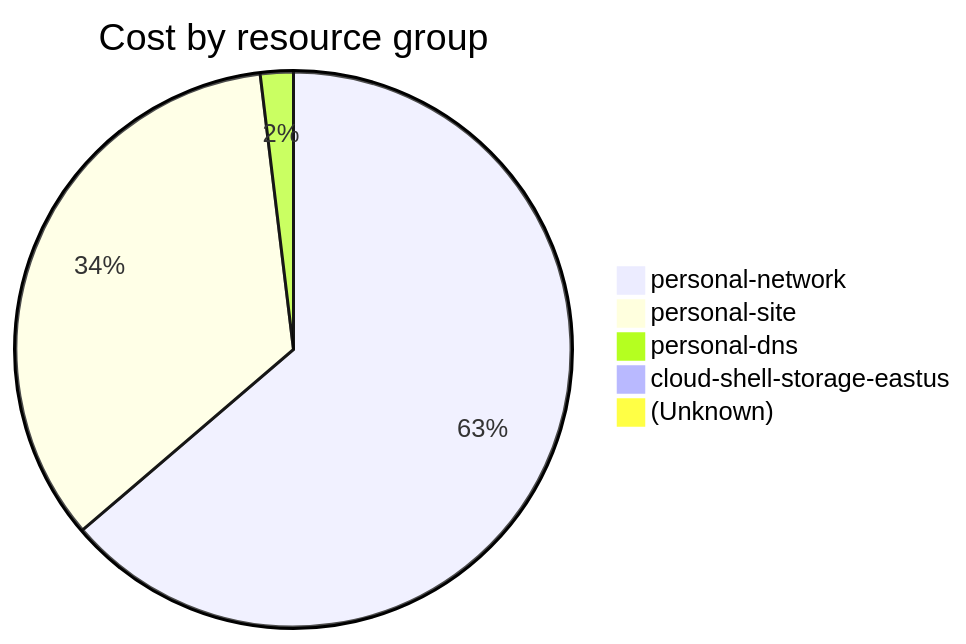
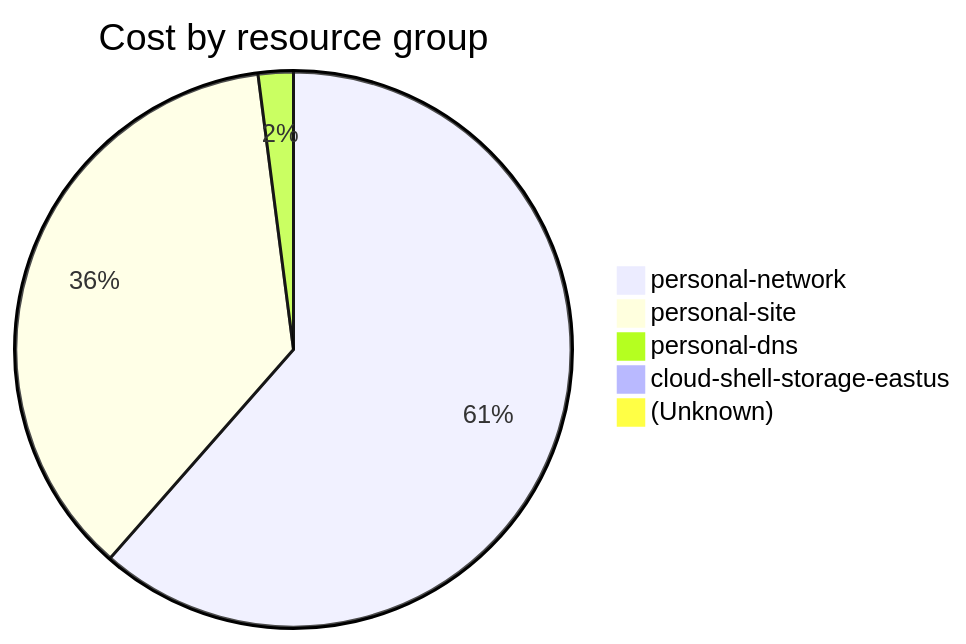
Before and after one commit to jpfulton/azure-personal-reports: the fourth of 4 diagrams in cost-reports/accumulated-cost.md, drawn with Mermaid. The commit also changed other lines of this file and 4 other files, not shown here.

````diff
--- a/cost-reports/accumulated-cost.md
+++ b/cost-reports/accumulated-cost.md
@@ -155,9 +155,9 @@
 ```mermaid
 pie
    title Cost by resource group
    "personal-network" : 15.94
-   "personal-site" : 8.59
-   "personal-dns" : 0.48
-   "cloud-shell-storage-eastus" : 0.14
+   "personal-site" : 9.46
+   "personal-dns" : 0.53
+   "cloud-shell-storage-eastus" : 0.16
    "(Unknown)" : 0.10
 ```
````
